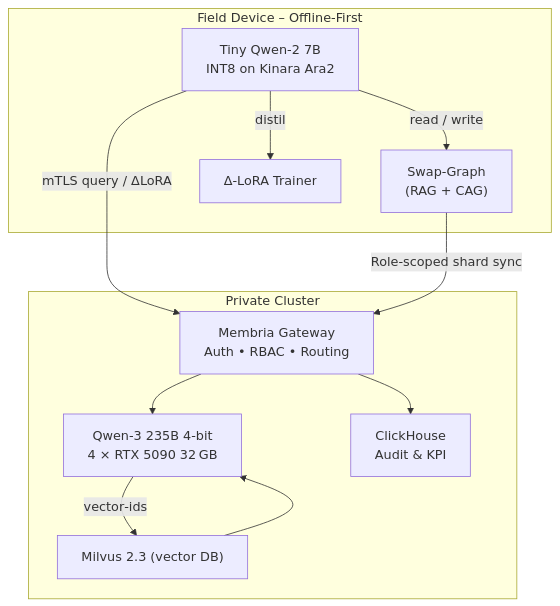
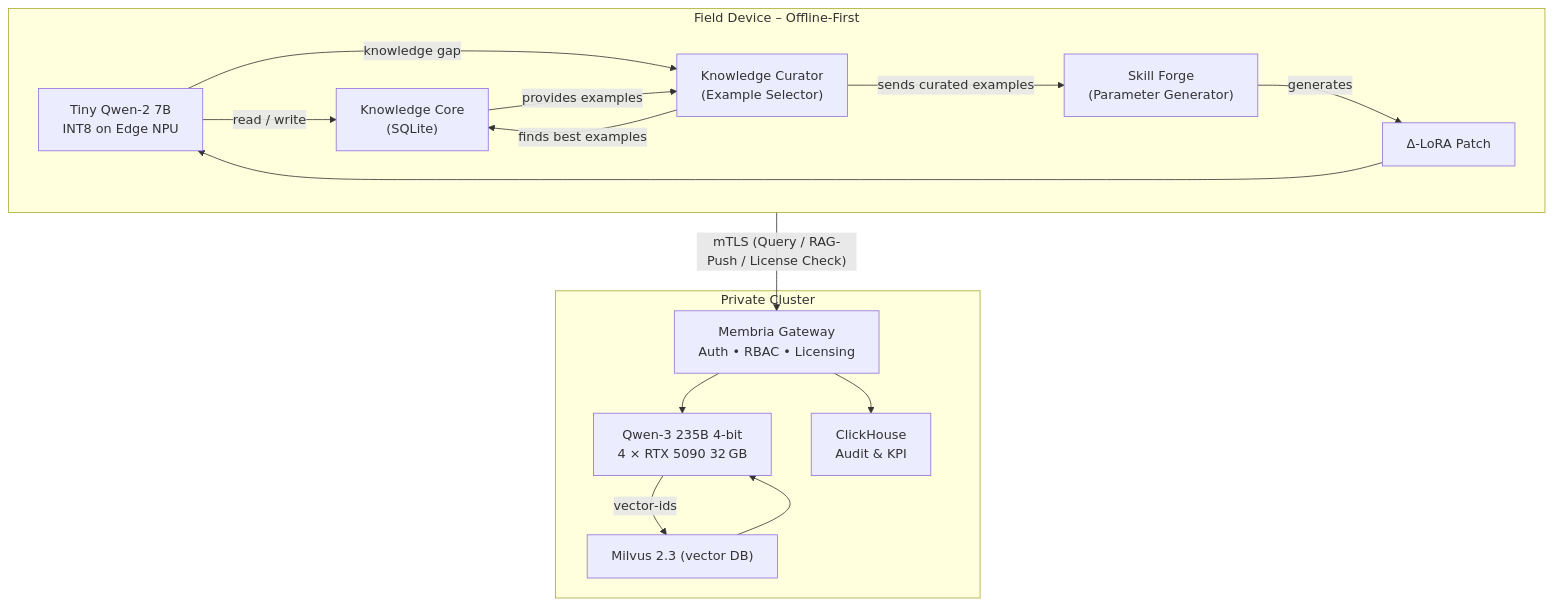
Before and after one commit to actiquest-dev/actiquest.github.io: the diagram in membria/membria-ee.md, drawn with Mermaid. The commit also changed other lines of this file, not shown here.

````diff
--- a/membria/membria-ee.md
+++ b/membria/membria-ee.md
@@ -44,29 +40,37 @@
 ```mermaid
 flowchart TD
     subgraph Edge["Field Device – Offline‑First"]
         Tiny["Tiny Qwen‑2 7B
-INT8 on Kinara Ara2"]
-        Graph["Swap‑Graph
-(RAG + CAG)"]
-        LoRA["Δ‑LoRA Trainer"]
+INT8 on Edge NPU"]
+        Graph["Knowledge Core
+(SQLite)"]
+        Curator["Knowledge Curator
+(Example Selector)"]
+        SkillForge["Skill Forge
+(Parameter Generator)"]
+
         Tiny -->|read / write| Graph
-        Tiny -->|distil| LoRA
+        Tiny -- "knowledge gap" --> Curator
+        Curator -- "finds best examples" --> Graph
+        Graph -- "provides examples" --> Curator
+        Curator -- "sends curated examples" --> SkillForge
+        SkillForge -- "generates" --> LoRA["Δ-LoRA Patch"]
+        LoRA --> Tiny
     end
 
     subgraph Cloud["Private Cluster"]
         GW["Membria Gateway
-Auth • RBAC • Routing"]
+Auth • RBAC • Licensing"]
         Big["Qwen‑3 235B 4‑bit
 4 × RTX 5090 32 GB"]
         Vec["Milvus 2.3 (vector DB)"]
         Ops["ClickHouse
 Audit & KPI"]
         GW --> Big
         Big -- "vector‑ids" --> Vec
         Vec --> Big
         GW --> Ops
     end
 
-    Tiny -- "mTLS query / ΔLoRA" --> GW
-    Graph -- "Role‑scoped shard sync" --> GW
+    Edge -- "mTLS (Query / RAG-Push / License Check)" --> GW
 ```
````
